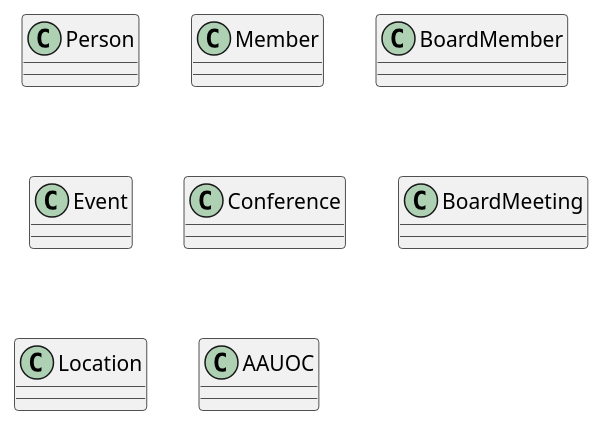
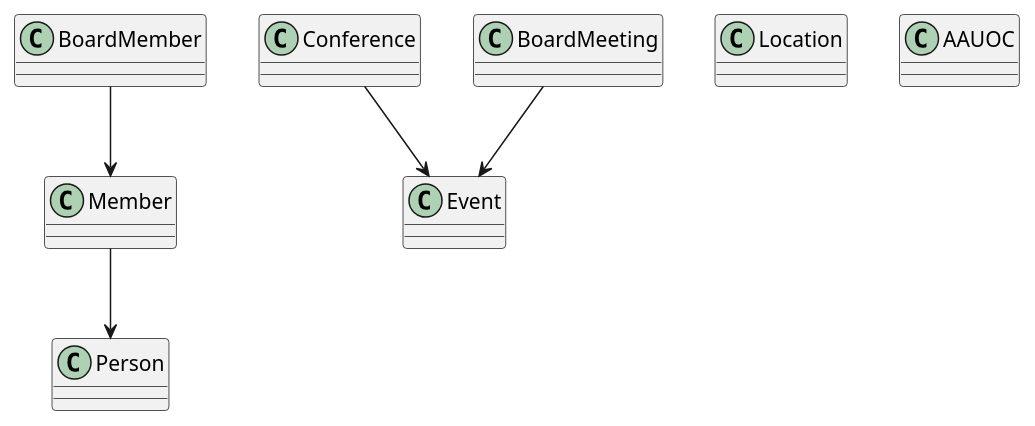
The diagram in src/UMLDiagram.puml (riekk/UMLClassChristianTM), drawn with PlantUML before and after one commit.

Commit message:
Superclass created

```diff
--- a/src/UMLDiagram.puml
+++ b/src/UMLDiagram.puml
@@ -1,26 +1,35 @@
 @startuml
 
 class Person {
 }
 
 class Member {
 }
 
 class BoardMember {
 }
 
 class Event {
 }
 
 class Conference {
 }
 
 class BoardMeeting {
 }
 
 class Location {
 }
 
 class AAUOC {
 }
+
+ Member --> Person
+ BoardMember --> Member
+
+ Conference --> Event
+ BoardMeeting --> Event
+
+
+
 @enduml
```
